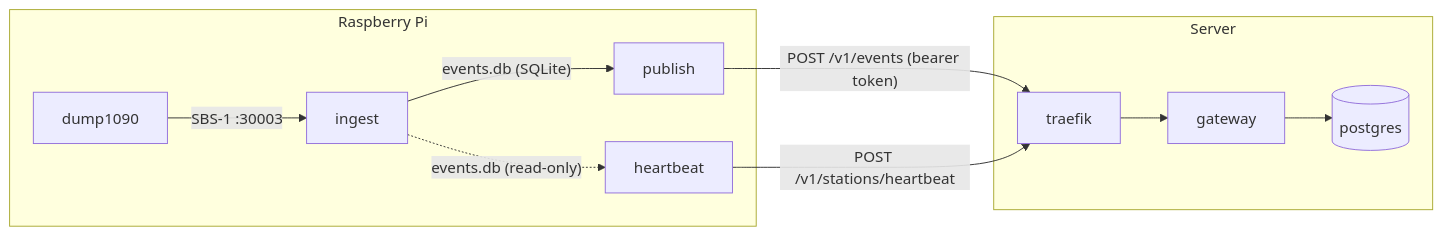
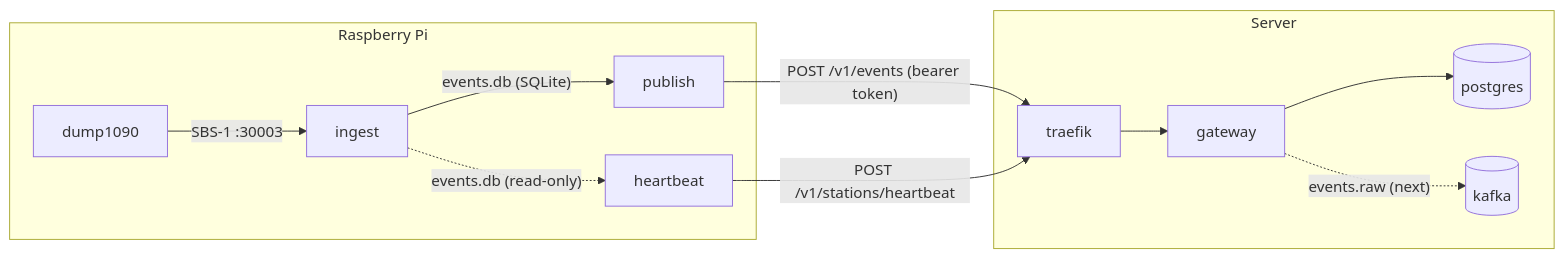
Before and after one commit to matthew-vance/listening-post: the diagram in README.md, drawn with Mermaid. The commit also changed other lines of this file and 3 other files, not shown here.

````diff
--- a/README.md
+++ b/README.md
@@ -7,14 +7,15 @@
 ```mermaid
 flowchart LR
     subgraph pi [Raspberry Pi]
         dump1090 -- "SBS-1 :30003" --> ingest
         ingest -- "events.db (SQLite)" --> publish
         ingest -. "events.db (read-only)" .-> heartbeat
     end
     subgraph server [Server]
         traefik --> gateway
         gateway --> postgres[(postgres)]
+        gateway -. "events.raw (next)" .-> kafka[(kafka)]
     end
     publish -- "POST /v1/events (bearer token)" --> traefik
     heartbeat -- "POST /v1/stations/heartbeat" --> traefik
 ```
````
